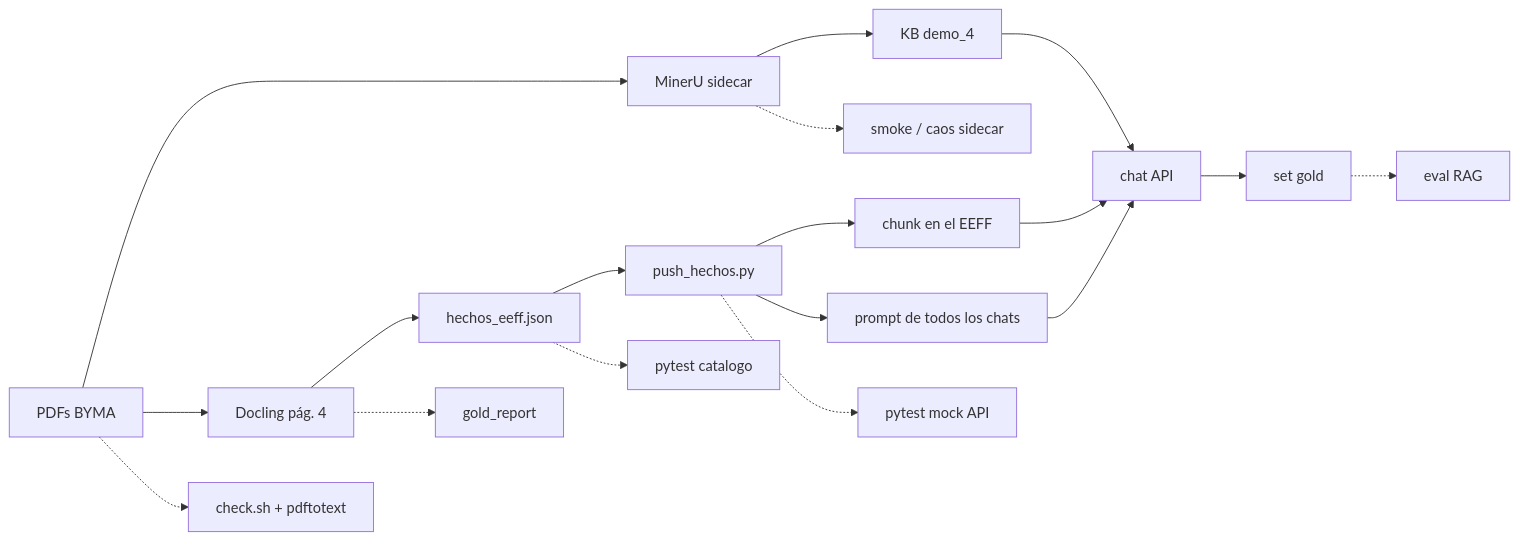
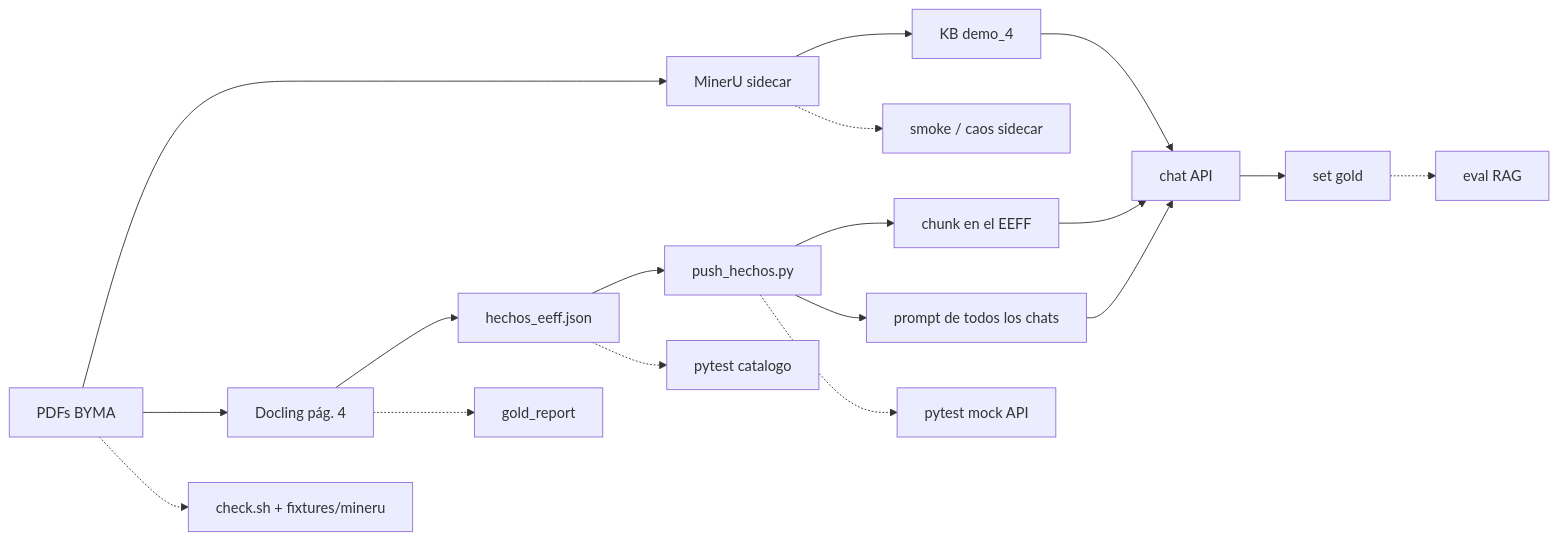
One commit to javi2481/LEDGERLENS changed the third of 6 diagrams in docs/testing.md. Above: the diagram before and after it, drawn with Mermaid. The commit also changed other lines of this file and 45 other files, not shown here.

````diff
--- a/docs/testing.md
+++ b/docs/testing.md
@@ -83,21 +83,21 @@
 ```mermaid
 flowchart LR
   PDF[PDFs BYMA] --> MU[MinerU sidecar]
   PDF --> DL[Docling pág. 4]
   MU --> KB[KB demo_4]
   DL --> Ficha[hechos_eeff.json]
   Ficha --> Push[push_hechos.py]
   Push --> Chunk[chunk en el EEFF]
   Push --> Prompt[prompt de todos los chats]
   KB --> Chat[chat API]
   Chunk --> Chat
   Prompt --> Chat
   Chat --> Gold[set gold]
 
-  PDF -.-> T1[check.sh + pdftotext]
+  PDF -.-> T1[check.sh + fixtures/mineru]
   Ficha -.-> T2[pytest catalogo]
   Push -.-> T3[pytest mock API]
   MU -.-> T4[smoke / caos sidecar]
   DL -.-> T5[gold_report]
   Gold -.-> T6[eval RAG]
 ```
````
